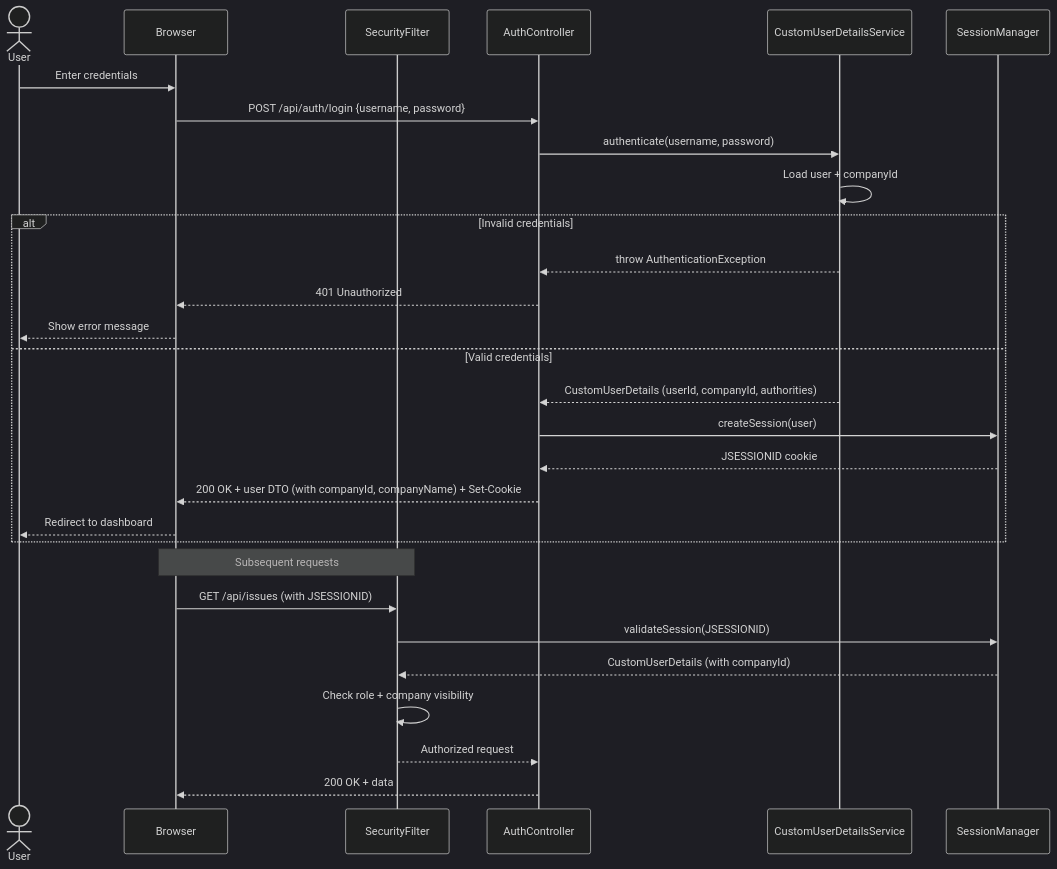
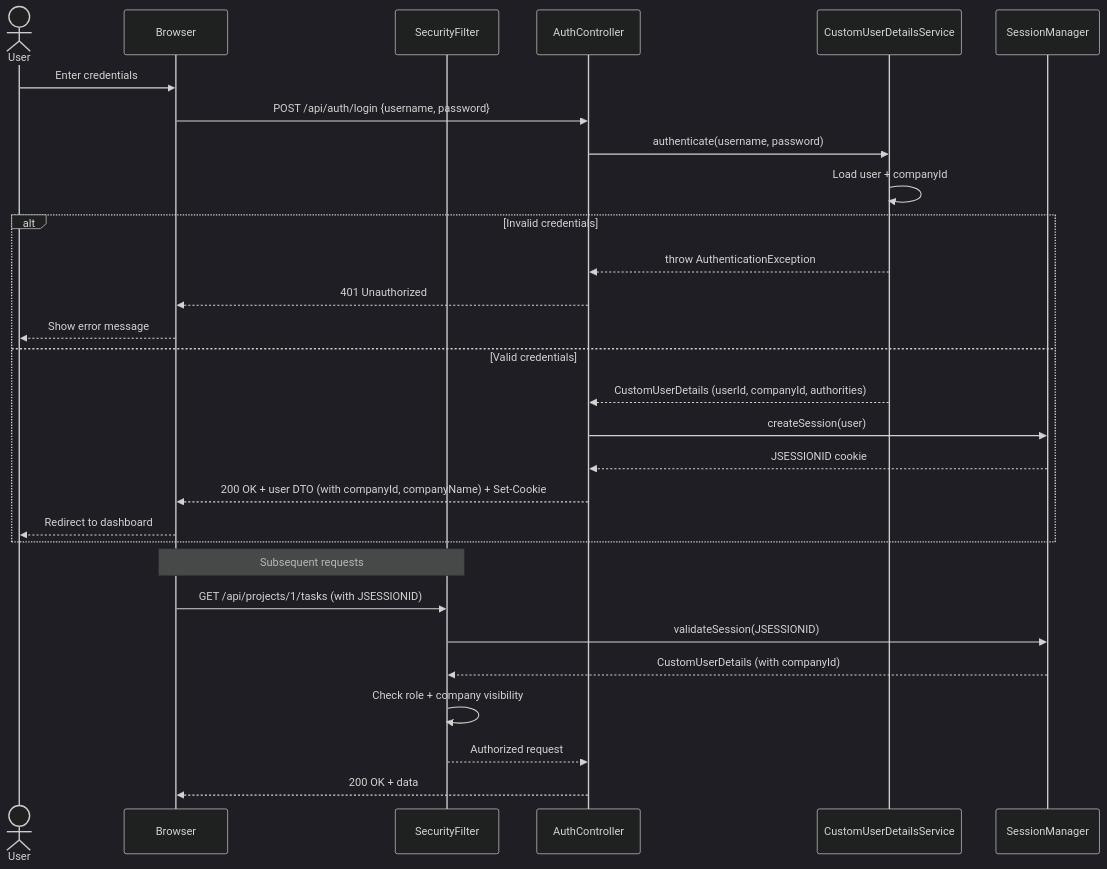
One commit to rezzix/nemo changed the tenth of 14 diagrams in docs/uml-diagrams.md. Above: the diagram before and after it, drawn with Mermaid (dark theme). The commit also changed other lines of this file and 2 other files, not shown here.

First line of the commit message:
Add marketing landing page, feature access matrix, and update UML diagrams

````diff
--- a/docs/uml-diagrams.md
+++ b/docs/uml-diagrams.md
@@ -302,34 +439,34 @@
 ```mermaid
 sequenceDiagram
     actor User
     participant Browser
     participant SecurityFilter
     participant AuthController
     participant CustomUserDetailsService
     participant SessionManager
 
     User->>Browser: Enter credentials
     Browser->>AuthController: POST /api/auth/login {username, password}
     AuthController->>CustomUserDetailsService: authenticate(username, password)
     CustomUserDetailsService->>CustomUserDetailsService: Load user + companyId
     alt Invalid credentials
         CustomUserDetailsService-->>AuthController: throw AuthenticationException
         AuthController-->>Browser: 401 Unauthorized
         Browser-->>User: Show error message
     else Valid credentials
         CustomUserDetailsService-->>AuthController: CustomUserDetails (userId, companyId, authorities)
         AuthController->>SessionManager: createSession(user)
         SessionManager-->>AuthController: JSESSIONID cookie
         AuthController-->>Browser: 200 OK + user DTO (with companyId, companyName) + Set-Cookie
         Browser-->>User: Redirect to dashboard
     end
 
     Note over Browser,SecurityFilter: Subsequent requests
 
-    Browser->>SecurityFilter: GET /api/issues (with JSESSIONID)
+    Browser->>SecurityFilter: GET /api/projects/1/tasks (with JSESSIONID)
     SecurityFilter->>SessionManager: validateSession(JSESSIONID)
     SessionManager-->>SecurityFilter: CustomUserDetails (with companyId)
     SecurityFilter->>SecurityFilter: Check role + company visibility
     SecurityFilter-->>AuthController: Authorized request
     AuthController-->>Browser: 200 OK + data
 ```
````
